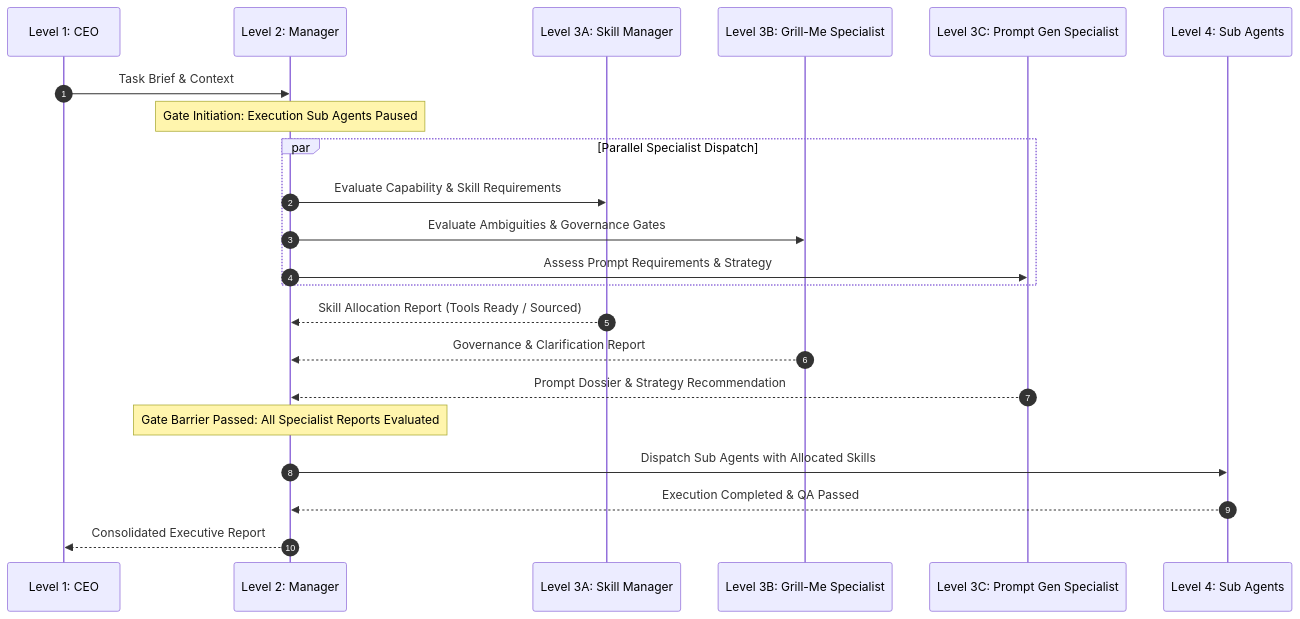
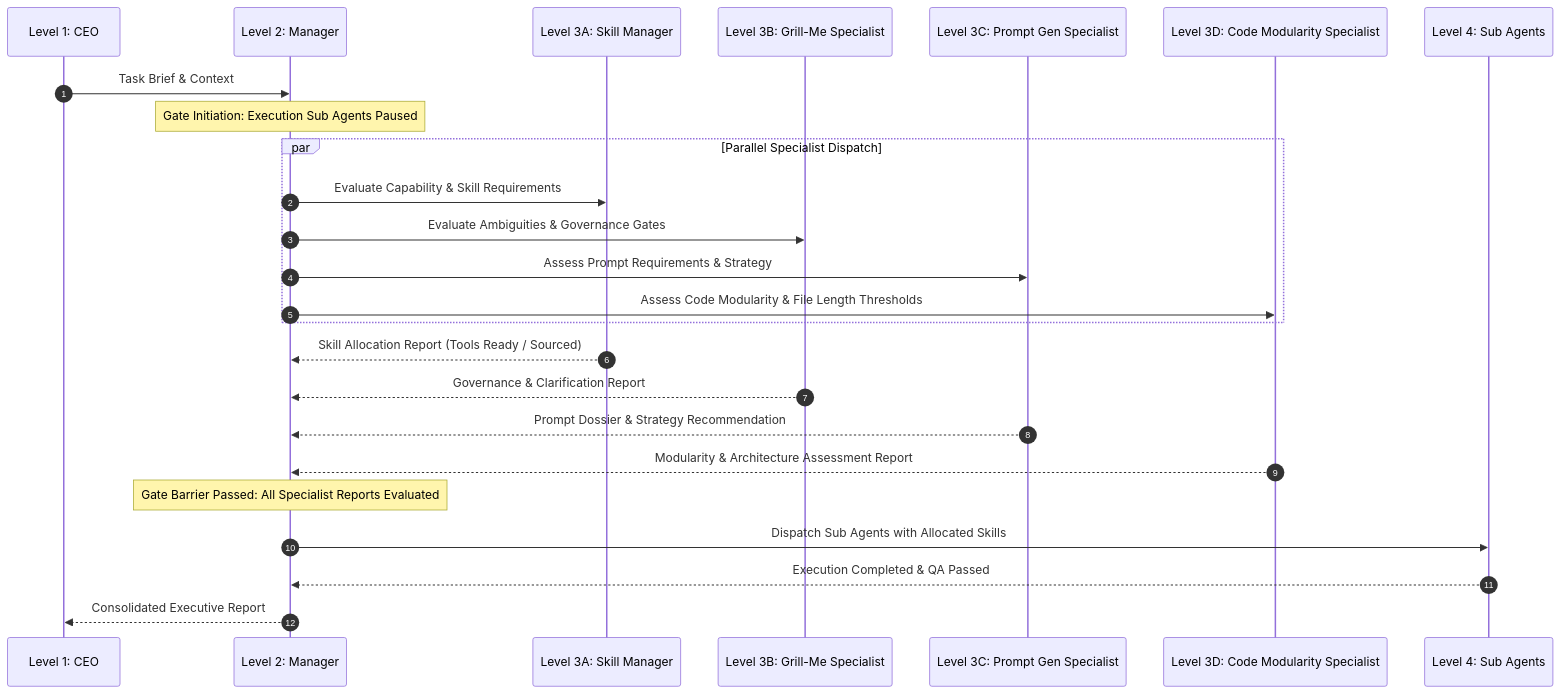
One commit to aiprincekumar/Interactive-Cursor-Tracking-Portfolio changed the second of 3 diagrams in .agents/rules/architecture_recommendation.md. Above: the diagram before and after it, drawn with Mermaid. The commit also changed other lines of this file and 6 other files, not shown here.

Commit message:
feat(rules): codify Universal Rule 28 code modularity and Level 3D specialist in 4-specialist decision gate

````diff
--- a/.agents/rules/architecture_recommendation.md
+++ b/.agents/rules/architecture_recommendation.md
@@ -99,25 +105,28 @@
 ```mermaid
 sequenceDiagram
     autonumber
     participant CEO as Level 1: CEO
     participant MGR as Level 2: Manager
     participant SKILL as Level 3A: Skill Manager
     participant GRILL as Level 3B: Grill-Me Specialist
     participant PROMPT as Level 3C: Prompt Gen Specialist
+    participant MODULAR as Level 3D: Code Modularity Specialist
     participant SUB as Level 4: Sub Agents
 
     CEO->>MGR: Task Brief & Context
     Note over MGR: Gate Initiation: Execution Sub Agents Paused
     par Parallel Specialist Dispatch
         MGR->>SKILL: Evaluate Capability & Skill Requirements
         MGR->>GRILL: Evaluate Ambiguities & Governance Gates
         MGR->>PROMPT: Assess Prompt Requirements & Strategy
+        MGR->>MODULAR: Assess Code Modularity & File Length Thresholds
     end
     SKILL-->>MGR: Skill Allocation Report (Tools Ready / Sourced)
     GRILL-->>MGR: Governance & Clarification Report
     PROMPT-->>MGR: Prompt Dossier & Strategy Recommendation
+    MODULAR-->>MGR: Modularity & Architecture Assessment Report
     Note over MGR: Gate Barrier Passed: All Specialist Reports Evaluated
     MGR->>SUB: Dispatch Sub Agents with Allocated Skills
     SUB-->>MGR: Execution Completed & QA Passed
     MGR-->>CEO: Consolidated Executive Report
 ```
````
